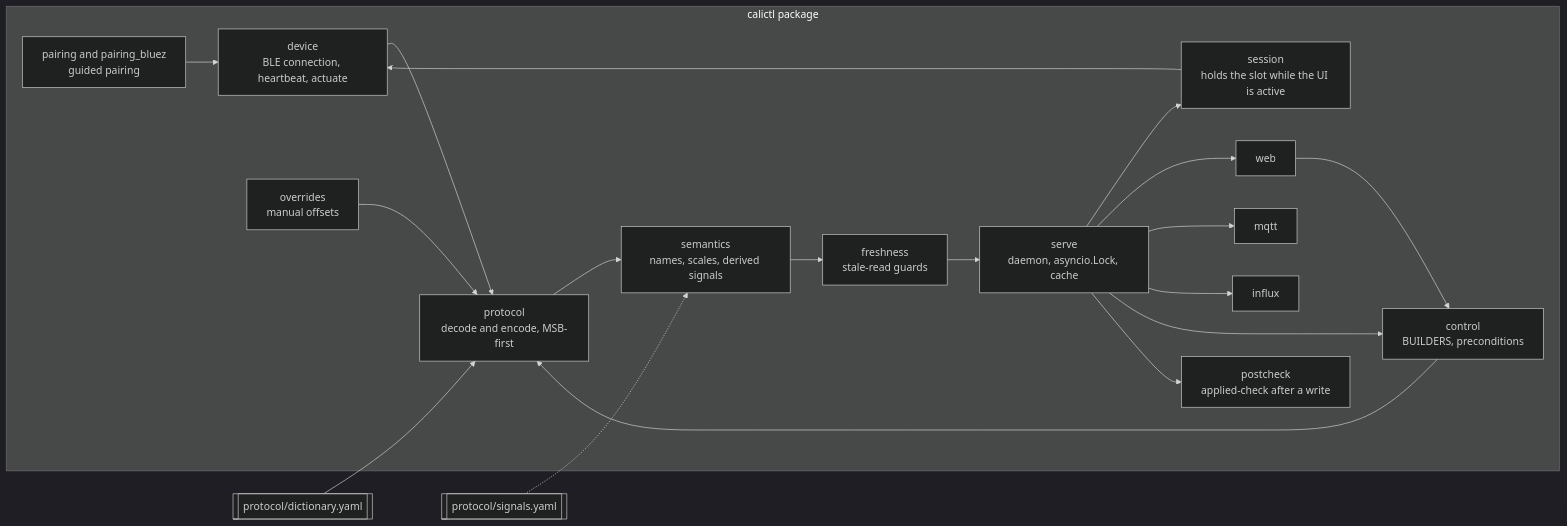
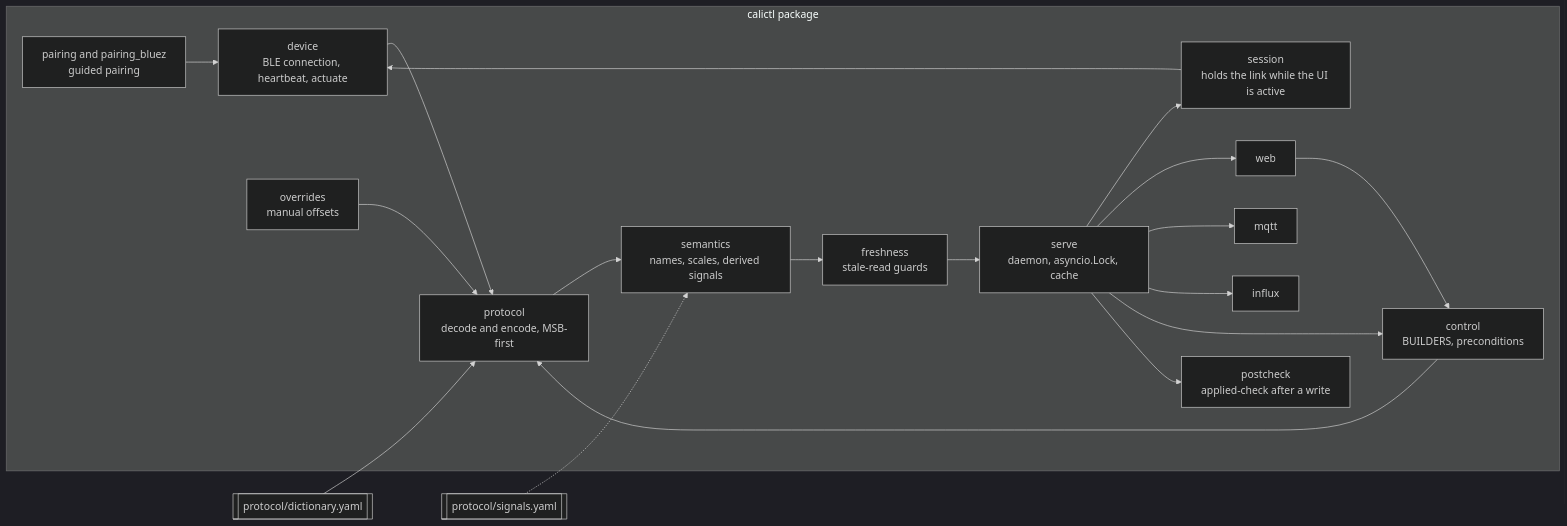
Before and after one commit to ckeller42/open-california: the third of 7 diagrams in ARCHITECTURE.md, drawn with Mermaid (dark theme). The commit also changed other lines of this file and 7 other files, not shown here.

````diff
--- a/ARCHITECTURE.md
+++ b/ARCHITECTURE.md
@@ -160,37 +169,37 @@
 ```mermaid
 flowchart LR
   subgraph calictl["calictl package"]
     device["device<br/>BLE connection, heartbeat, actuate"]
-    session["session<br/>holds the slot while the UI is active"]
+    session["session<br/>holds the link while the UI is active"]
     protocol["protocol<br/>decode and encode, MSB-first"]
     overrides["overrides<br/>manual offsets"]
     semantics["semantics<br/>names, scales, derived signals"]
     control["control<br/>BUILDERS, preconditions"]
     freshness["freshness<br/>stale-read guards"]
     serve["serve<br/>daemon, asyncio.Lock, cache"]
     web["web"]
     mqttc["mqtt"]
     influx["influx"]
     pairing["pairing and pairing_bluez<br/>guided pairing"]
     postcheck["postcheck<br/>applied-check after a write"]
   end
   dict[["protocol/dictionary.yaml"]]
   cat[["protocol/signals.yaml"]]
   dict --> protocol
   overrides --> protocol
   device --> protocol
   protocol --> semantics
   semantics --> freshness
   freshness --> serve
   cat -.-> semantics
   session --> device
   serve --> session
   serve --> web
   serve --> mqttc
   serve --> influx
   web --> control
   control --> protocol
   serve --> control
   serve --> postcheck
   pairing --> device
 ```
````
